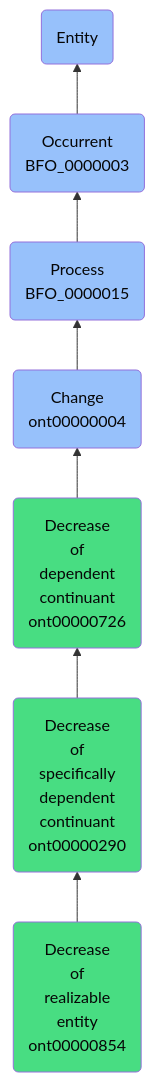
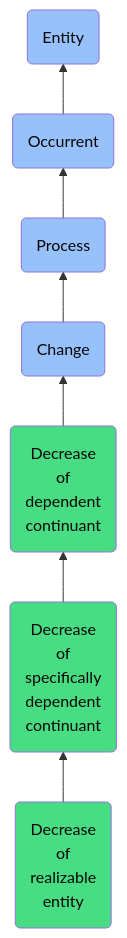
Before and after one commit to jupyter-naas/abi: the diagram in docs/ontology/reference/model/Entity/Occurrent/Process/Change/Decrease of dependent continuant/Decrease of specifically dependent continuant/Decrease of realizable entity/Decrease of realizable entity.md, drawn with Mermaid. The commit also changed other lines of this file and 1430 other files, not shown here.

````diff
--- a/docs/ontology/reference/model/Entity/Occurrent/Process/Change/Decrease of dependent continuant/Decrease of specifically dependent continuant/Decrease of realizable entity/Decrease of realizable entity.md
+++ b/docs/ontology/reference/model/Entity/Occurrent/Process/Change/Decrease of dependent continuant/Decrease of specifically dependent continuant/Decrease of realizable entity/Decrease of realizable entity.md
@@ -24,14 +24,14 @@
 ```mermaid
 graph BT
-    ont00000854(Decrease<br>of<br>realizable<br>entity<br>ont00000854):::ABI-->ont00000290
-    ont00000290(Decrease<br>of<br>specifically<br>dependent<br>continuant<br>ont00000290):::ABI-->ont00000726
-    ont00000726(Decrease<br>of<br>dependent<br>continuant<br>ont00000726):::ABI-->ont00000004
-    ont00000004(Change<br>ont00000004):::BFO-->BFO_0000015
-    BFO_0000015(Process<br>BFO_0000015):::BFO-->BFO_0000003
-    BFO_0000003(Occurrent<br>BFO_0000003):::BFO-->BFO_0000001
+    ont00000854(Decrease<br>of<br>realizable<br>entity):::ABI-->ont00000290
+    ont00000290(Decrease<br>of<br>specifically<br>dependent<br>continuant):::ABI-->ont00000726
+    ont00000726(Decrease<br>of<br>dependent<br>continuant):::ABI-->ont00000004
+    ont00000004(Change):::BFO-->BFO_0000015
+    BFO_0000015(Process):::BFO-->BFO_0000003
+    BFO_0000003(Occurrent):::BFO-->BFO_0000001
     BFO_0000001(Entity):::BFO
     
     classDef BFO fill:#97c1fb,color:#060606
     classDef CCO fill:#e4c51e,color:#060606
     classDef ABI fill:#48DD82,color:#060606
 ```
````
